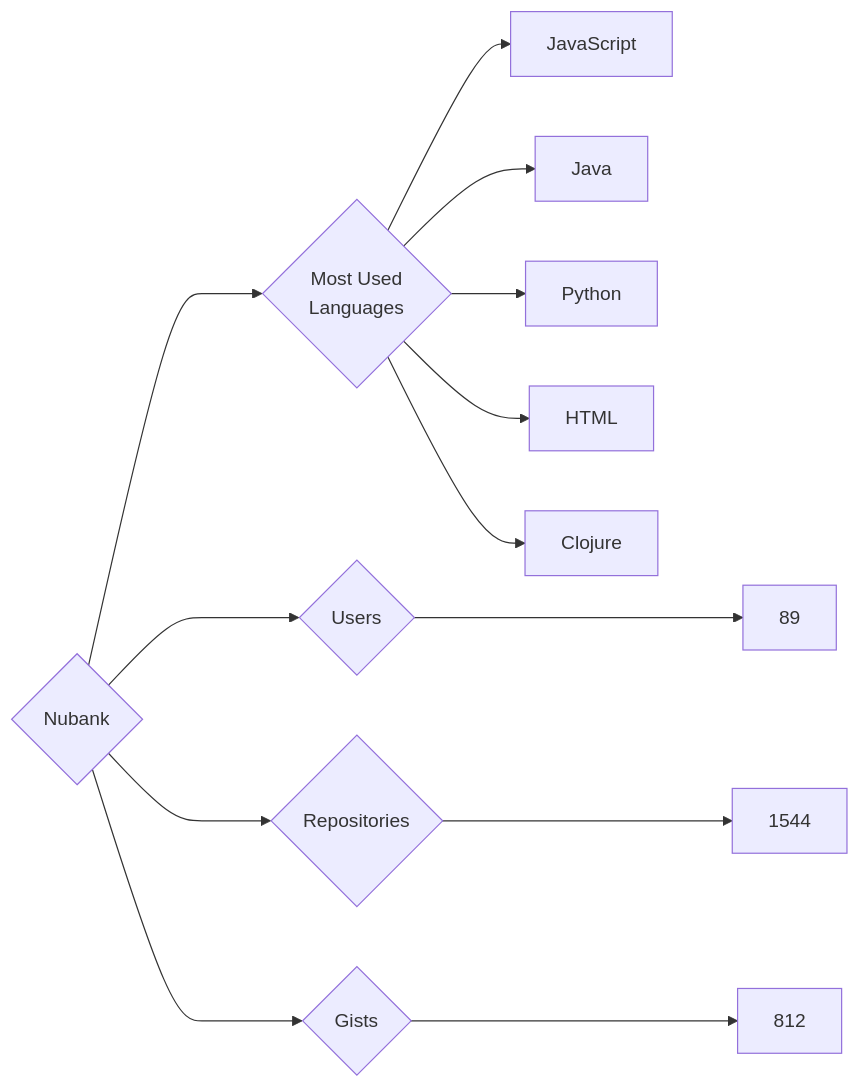
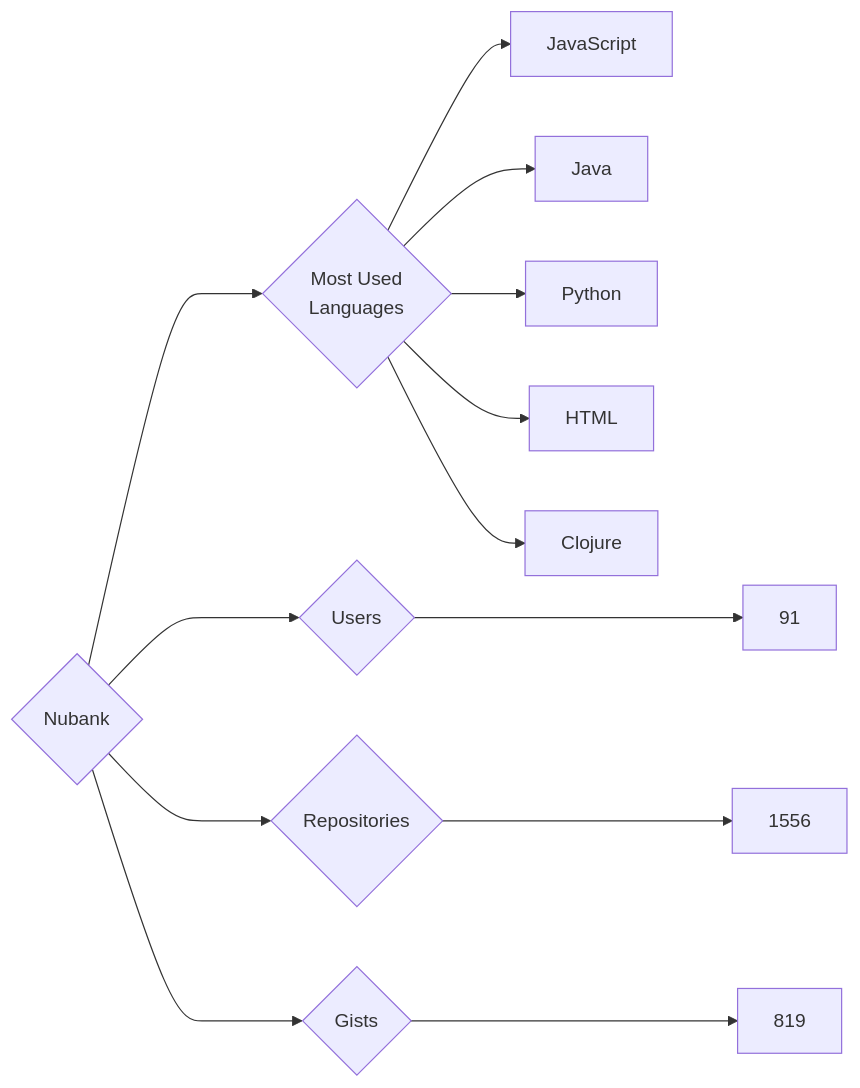
One commit to trickest/insiders changed the diagram in targets/Nubank/README.md. Above: the diagram before and after it, drawn with Mermaid. The commit also changed 860 other files, not shown here.

````diff
--- a/targets/Nubank/README.md
+++ b/targets/Nubank/README.md
@@ -3,13 +3,13 @@
 ```mermaid
 graph LR
 COMPANY_NAME{Nubank}
-COMPANY_NAME ---> U{Users} ---> UN[89]
-COMPANY_NAME ---> R{Repositories} ---> RN[1544]
-COMPANY_NAME ---> G{Gists} ---> GN[812]
+COMPANY_NAME ---> U{Users} ---> UN[91]
+COMPANY_NAME ---> R{Repositories} ---> RN[1556]
+COMPANY_NAME ---> G{Gists} ---> GN[819]
 COMPANY_NAME ---> ML{Most Used<br>Languages}
 ML --> JavaScript[JavaScript]
 ML --> Java[Java]
 ML --> Python[Python]
 ML --> HTML[HTML]
 ML --> Clojure[Clojure]
 ```
````
